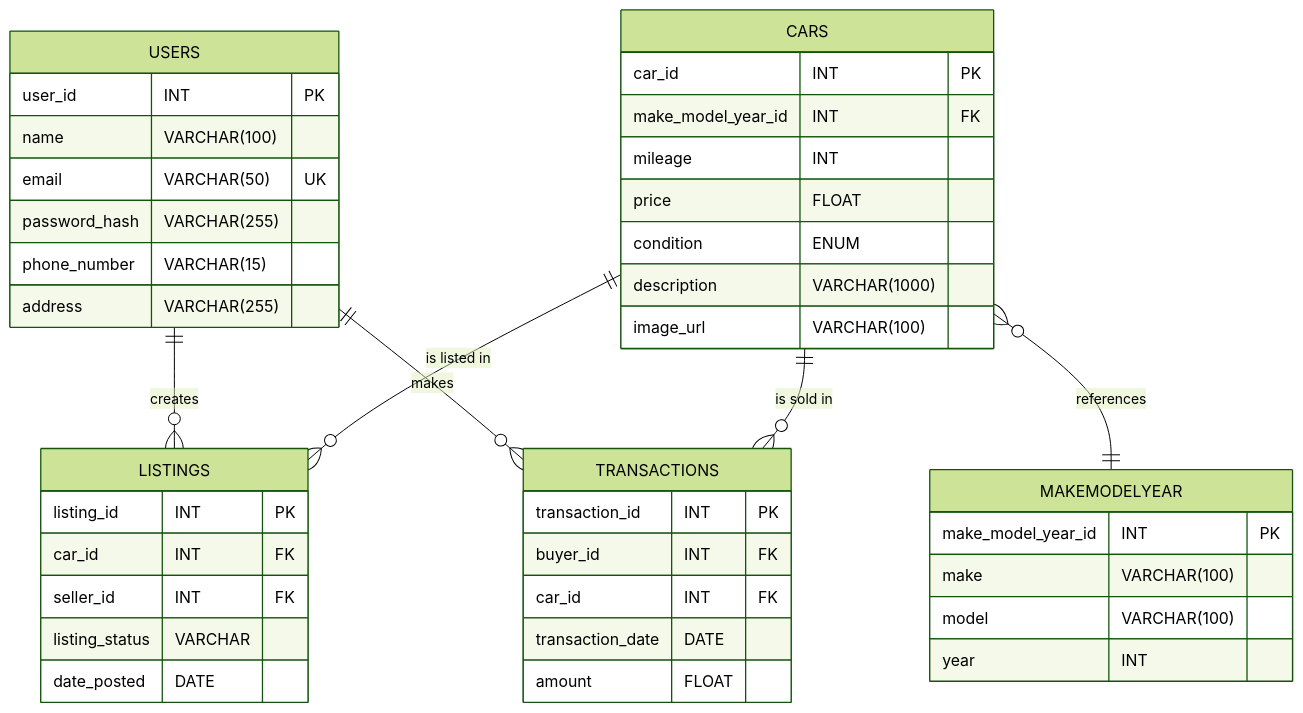
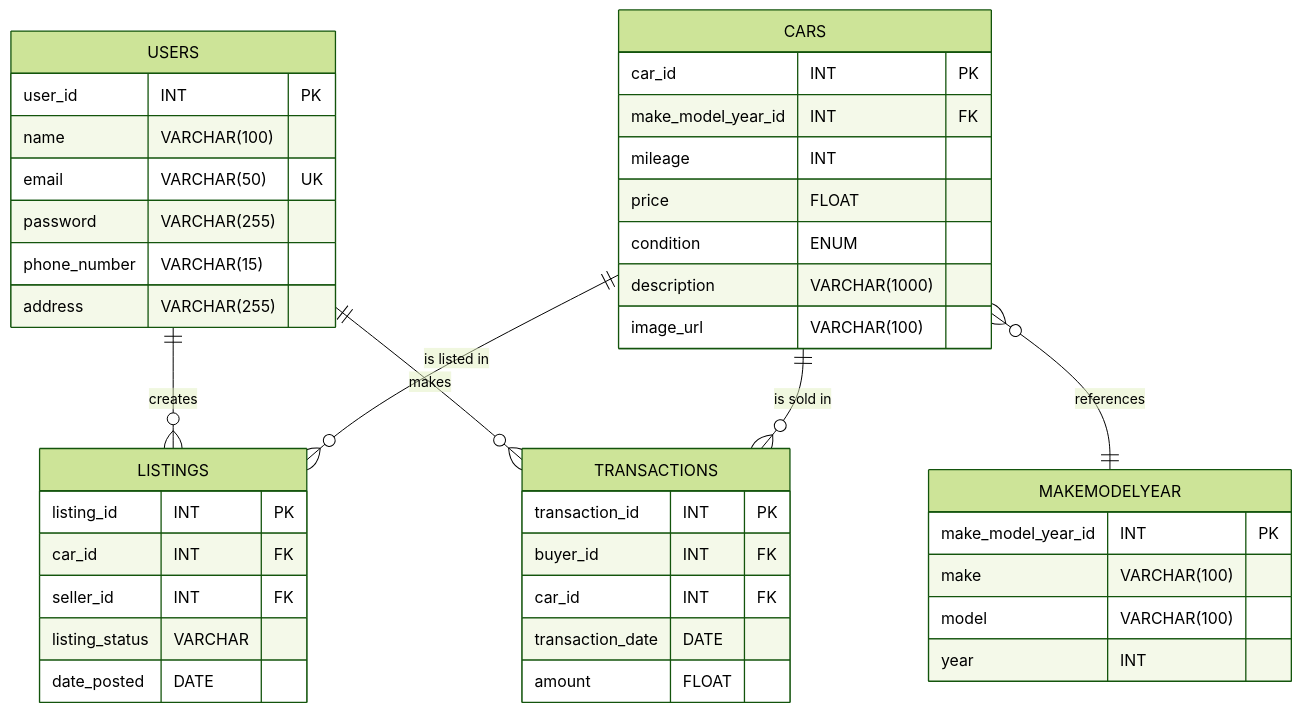
The diagram in README.MD (Mostofa-Abedin/T2A2_-API_Webserver), drawn with Mermaid (forest theme) before and after one commit. The commit also changed other lines of this file, not shown here.

````diff
--- a/README.MD
+++ b/README.MD
@@ -1041,52 +1057,52 @@
 ```mermaid
 erDiagram
     USERS {
         user_id INT PK
         name VARCHAR(100)
         email VARCHAR(50) UK
-        password_hash VARCHAR(255)
+        password VARCHAR(255)
         phone_number VARCHAR(15)
         address VARCHAR(255)
     }
 
     CARS {
         car_id INT PK
         make_model_year_id INT FK
         mileage INT
         price FLOAT
         condition ENUM
         description VARCHAR(1000)
         image_url VARCHAR(100)
     }
 
     MAKEMODELYEAR {
         make_model_year_id INT PK
         make VARCHAR(100)
         model VARCHAR(100)
         year INT
     }
 
     LISTINGS {
         listing_id INT PK
         car_id INT FK
         seller_id INT FK
         listing_status VARCHAR
         date_posted DATE
     }
 
     TRANSACTIONS {
         transaction_id INT PK
         buyer_id INT FK
         car_id INT FK
         transaction_date DATE
         amount FLOAT
     }
 
     USERS ||--o{ LISTINGS : "creates"
     USERS ||--o{ TRANSACTIONS : "makes"
 
     CARS ||--o{ LISTINGS : "is listed in"
     CARS ||--o{ TRANSACTIONS : "is sold in"
     CARS }o--|| MAKEMODELYEAR : "references"
 
 ```
````
